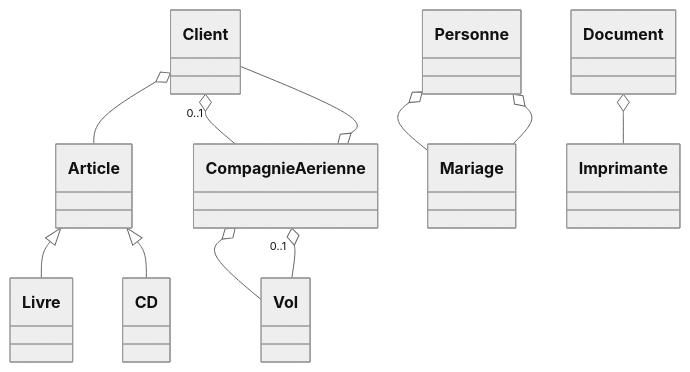
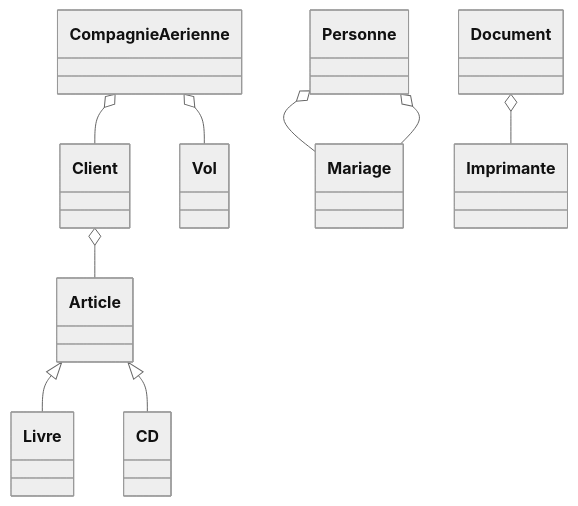
One commit to ROUBAUD-Axel-2225073b/TD3uml changed the diagram in README.md. Above: the diagram before and after it, drawn with Mermaid (neutral theme).

````diff
--- a/README.md
+++ b/README.md
@@ -3,26 +3,23 @@
 ```mermaid
 classDiagram
   class Article
   class Livre
   class CD
   class Client
   class CompagnieAerienne
   class Vol
   class Personne
   class Mariage
   class Document
   class Imprimante
 
   Article <|-- Livre
   Article <|-- CD
   Client o-- Article
   CompagnieAerienne o-- Vol
   CompagnieAerienne o-- Client
   Personne o-- Mariage
   Personne o-- Mariage
   Document o-- Imprimante
 
-  Client "0..1" o-- CompagnieAerienne
-  CompagnieAerienne "0..1" o-- Vol
-
 ```
````
